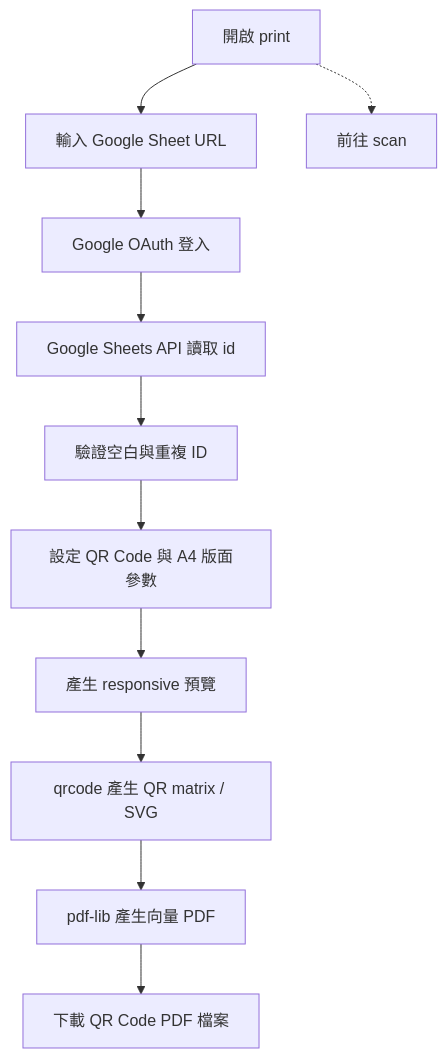
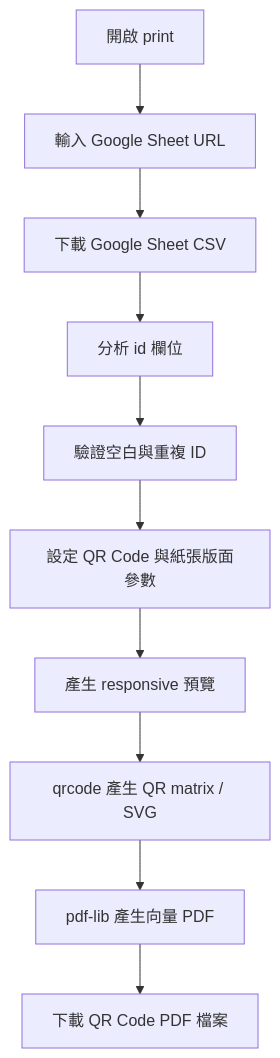
One commit to pulipulichen/Mobile-Inventory-Scanner changed the fourth of 5 diagrams in docs/architecture.md. Above: the diagram before and after it, drawn with Mermaid. The commit also changed other lines of this file and 64 other files, not shown here.

````diff
--- a/docs/architecture.md
+++ b/docs/architecture.md
@@ -215,13 +215,12 @@
 ```mermaid
 flowchart TB
     A["開啟 print"] --> B["輸入 Google Sheet URL"]
-    B --> C["Google OAuth 登入"]
-    C --> D["Google Sheets API 讀取 id"]
+    B --> C["下載 Google Sheet CSV"]
+    C --> D["分析 id 欄位"]
     D --> E["驗證空白與重複 ID"]
-    E --> F["設定 QR Code 與 A4 版面參數"]
+    E --> F["設定 QR Code 與紙張版面參數"]
     F --> G["產生 responsive 預覽"]
     G --> H["qrcode 產生 QR matrix / SVG"]
     H --> I["pdf-lib 產生向量 PDF"]
     I --> J["下載 QR Code PDF 檔案"]
-    A -.-> K["前往 scan"]
 ```
````
